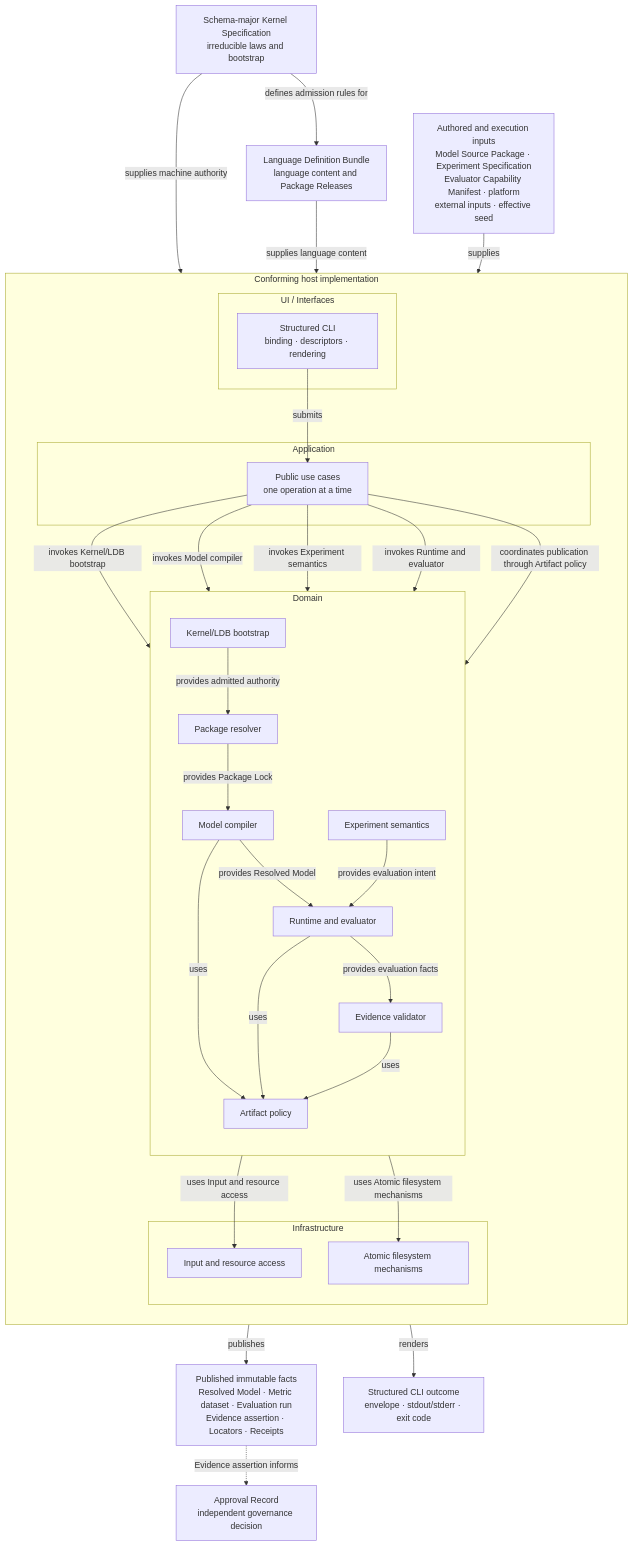
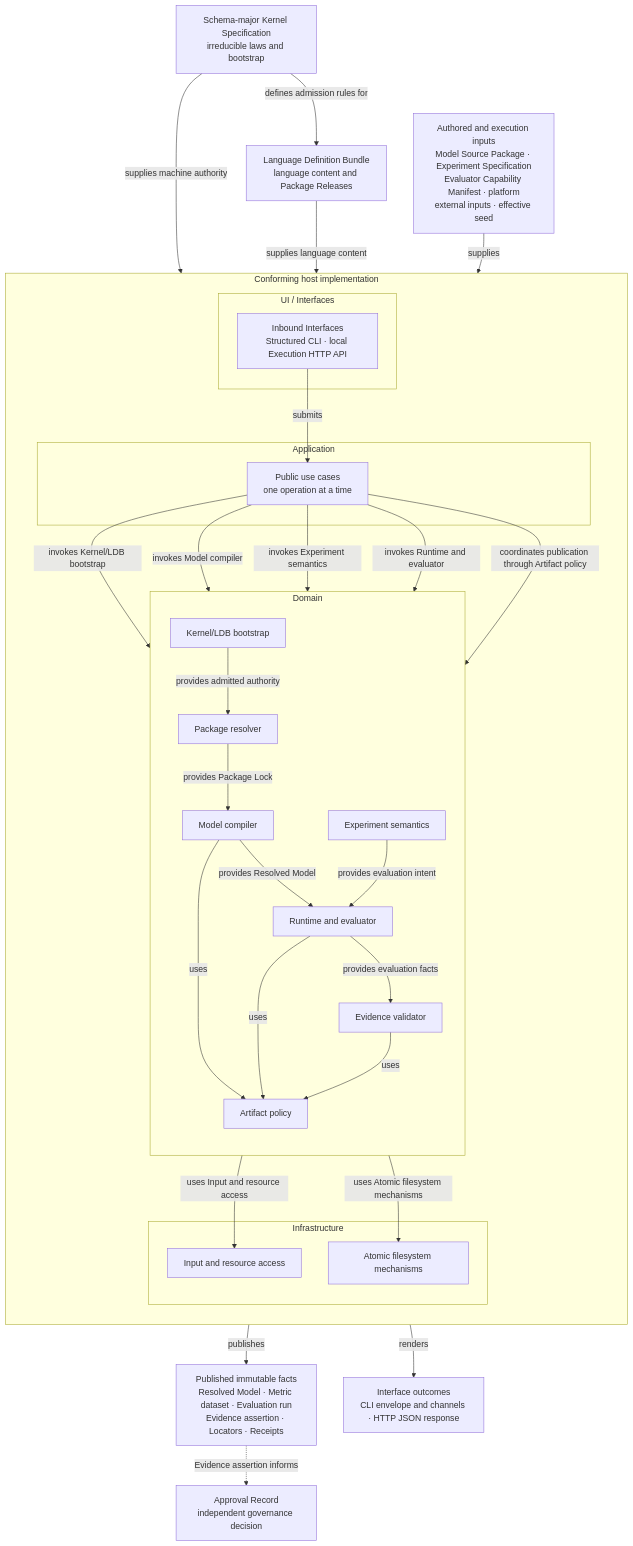
One commit to aigengame/godot-agent changed the first of 3 diagrams in libs/gda-balancing/docs/ARCHITECTURE.md. Above: the diagram before and after it, drawn with Mermaid. The commit also changed other lines of this file and 34 other files, not shown here.

Commit message:
feat(gda-balancing): add local HTTP execution service (#682)

````diff
--- a/libs/gda-balancing/docs/ARCHITECTURE.md
+++ b/libs/gda-balancing/docs/ARCHITECTURE.md
@@ -151,61 +152,61 @@
 ```mermaid
 flowchart TB
     K["Schema-major Kernel Specification<br/>irreducible laws and bootstrap"]
     L["Language Definition Bundle<br/>language content and Package Releases"]
     H["Authored and execution inputs<br/>Model Source Package · Experiment Specification<br/>Evaluator Capability Manifest · platform<br/>external inputs · effective seed"]
 
     K -->|"defines admission rules for"| L
 
     subgraph HOST["Conforming host implementation"]
         direction TB
         subgraph UI["UI / Interfaces"]
-            U["Structured CLI<br/>binding · descriptors · rendering"]
+            U["Inbound Interfaces<br/>Structured CLI · local Execution HTTP API"]
         end
         subgraph APP["Application"]
             A["Public use cases<br/>one operation at a time"]
         end
         subgraph DOM["Domain"]
             direction TB
             B["Kernel/LDB bootstrap"]
             P["Package resolver"]
             C["Model compiler"]
             X["Experiment semantics"]
             R["Runtime and evaluator"]
             V["Evidence validator"]
             Q["Artifact policy"]
 
             B -->|"provides admitted authority"| P
             P -->|"provides Package Lock"| C
             C -->|"provides Resolved Model"| R
             X -->|"provides evaluation intent"| R
             R -->|"provides evaluation facts"| V
             C -->|uses| Q
             R -->|uses| Q
             V -->|uses| Q
         end
         subgraph INF["Infrastructure"]
             I["Input and resource access"]
             F["Atomic filesystem mechanisms"]
         end
 
         U -->|submits| A
         A -->|"invokes Kernel/LDB bootstrap"| B
         A -->|"invokes Model compiler"| C
         A -->|"invokes Experiment semantics"| X
         A -->|"invokes Runtime and evaluator"| R
         A -->|"coordinates publication through Artifact policy"| Q
         B -->|"uses Input and resource access"| I
         Q -->|"uses Atomic filesystem mechanisms"| F
     end
 
     O["Published immutable facts<br/>Resolved Model · Metric dataset · Evaluation run<br/>Evidence assertion · Locators · Receipts"]
-    S["Structured CLI outcome<br/>envelope · stdout/stderr · exit code"]
+    S["Interface outcomes<br/>CLI envelope and channels · HTTP JSON response"]
     G["Approval Record<br/>independent governance decision"]
 
     K -->|"supplies machine authority"| B
     L -->|"supplies language content"| B
     H -->|supplies| U
     Q -->|publishes| O
     U -->|renders| S
     O -. "Evidence assertion informs" .-> G
 ```
````
